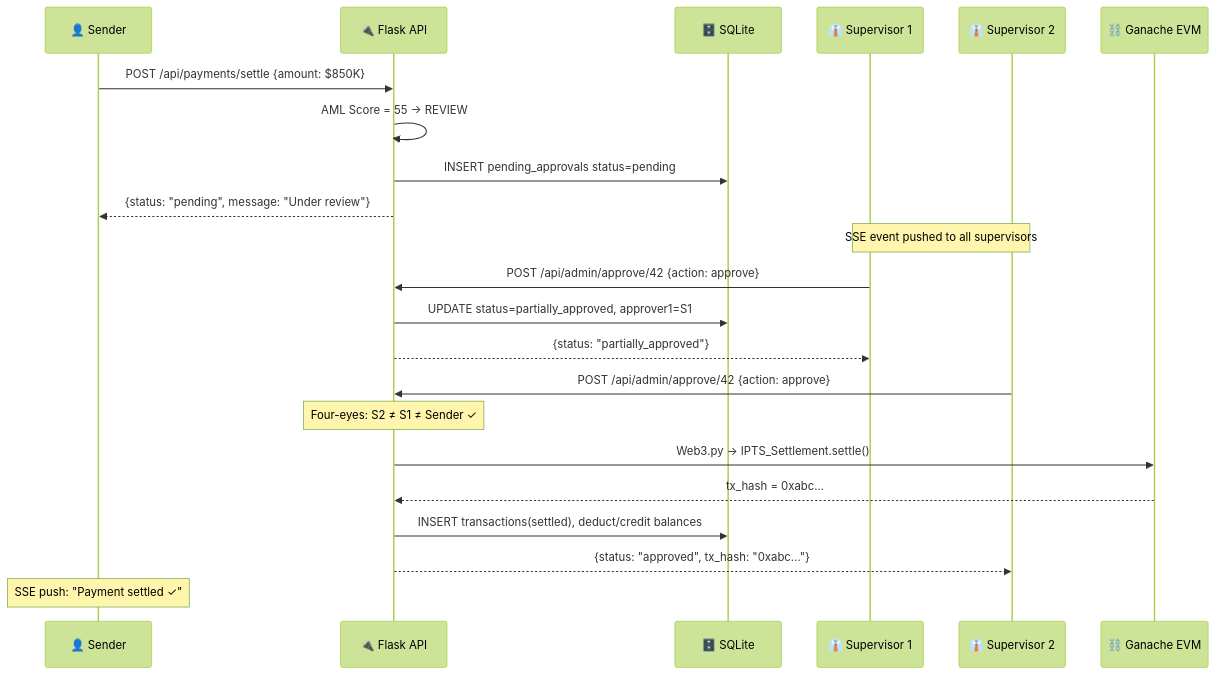
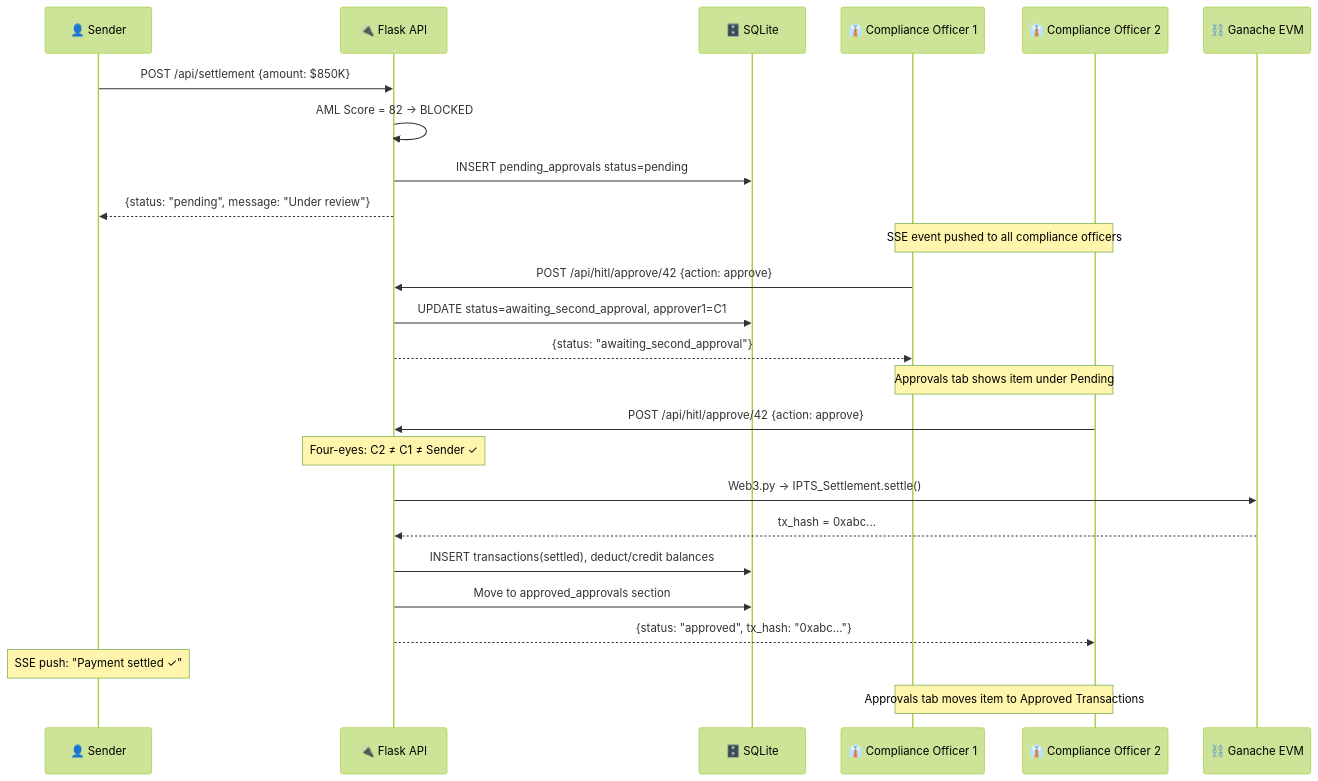
One commit to mohammedidriss/G9-IPTS changed the fifth of 11 diagrams in README.md. Above: the diagram before and after it, drawn with Mermaid (forest theme). The commit also changed other lines of this file, not shown here.

````diff
--- a/README.md
+++ b/README.md
@@ -279,27 +295,30 @@
 ```mermaid
 sequenceDiagram
     participant U as 👤 Sender
     participant API as 🔌 Flask API
     participant DB as 🗄️ SQLite
-    participant S1 as 👔 Supervisor 1
-    participant S2 as 👔 Supervisor 2
+    participant C1 as 👔 Compliance Officer 1
+    participant C2 as 👔 Compliance Officer 2
     participant BC as ⛓️ Ganache EVM
 
-    U->>API: POST /api/payments/settle {amount: $850K}
-    API->>API: AML Score = 55 → REVIEW
+    U->>API: POST /api/settlement {amount: $850K}
+    API->>API: AML Score = 82 → BLOCKED
     API->>DB: INSERT pending_approvals status=pending
     API-->>U: {status: "pending", message: "Under review"}
-    Note over S1,S2: SSE event pushed to all supervisors
+    Note over C1,C2: SSE event pushed to all compliance officers
 
-    S1->>API: POST /api/admin/approve/42 {action: approve}
-    API->>DB: UPDATE status=partially_approved, approver1=S1
-    API-->>S1: {status: "partially_approved"}
+    C1->>API: POST /api/hitl/approve/42 {action: approve}
+    API->>DB: UPDATE status=awaiting_second_approval, approver1=C1
+    API-->>C1: {status: "awaiting_second_approval"}
+    Note over C1,C2: Approvals tab shows item under Pending
 
-    S2->>API: POST /api/admin/approve/42 {action: approve}
-    Note over API: Four-eyes: S2 ≠ S1 ≠ Sender ✓
+    C2->>API: POST /api/hitl/approve/42 {action: approve}
+    Note over API: Four-eyes: C2 ≠ C1 ≠ Sender ✓
     API->>BC: Web3.py → IPTS_Settlement.settle()
     BC-->>API: tx_hash = 0xabc...
     API->>DB: INSERT transactions(settled), deduct/credit balances
-    API-->>S2: {status: "approved", tx_hash: "0xabc..."}
-    Note over U: SSE push: "Payment settled ✓" 
+    API->>DB: Move to approved_approvals section
+    API-->>C2: {status: "approved", tx_hash: "0xabc..."}
+    Note over U: SSE push: "Payment settled ✓"
+    Note over C1,C2: Approvals tab moves item to Approved Transactions
 ```
````
